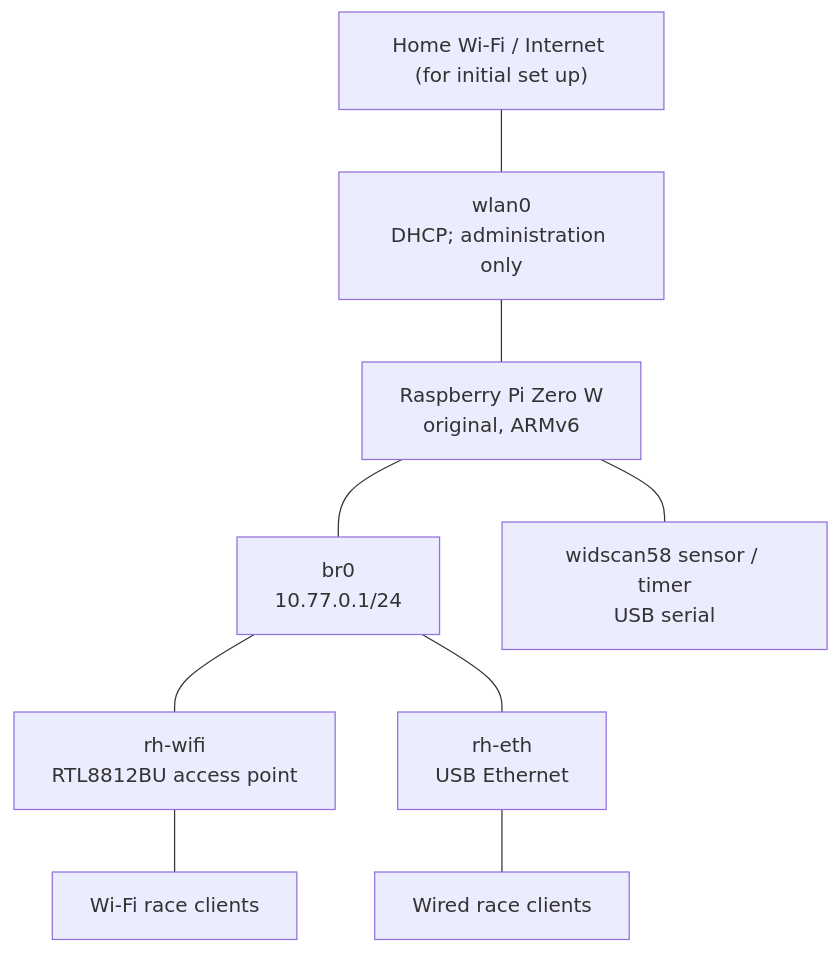
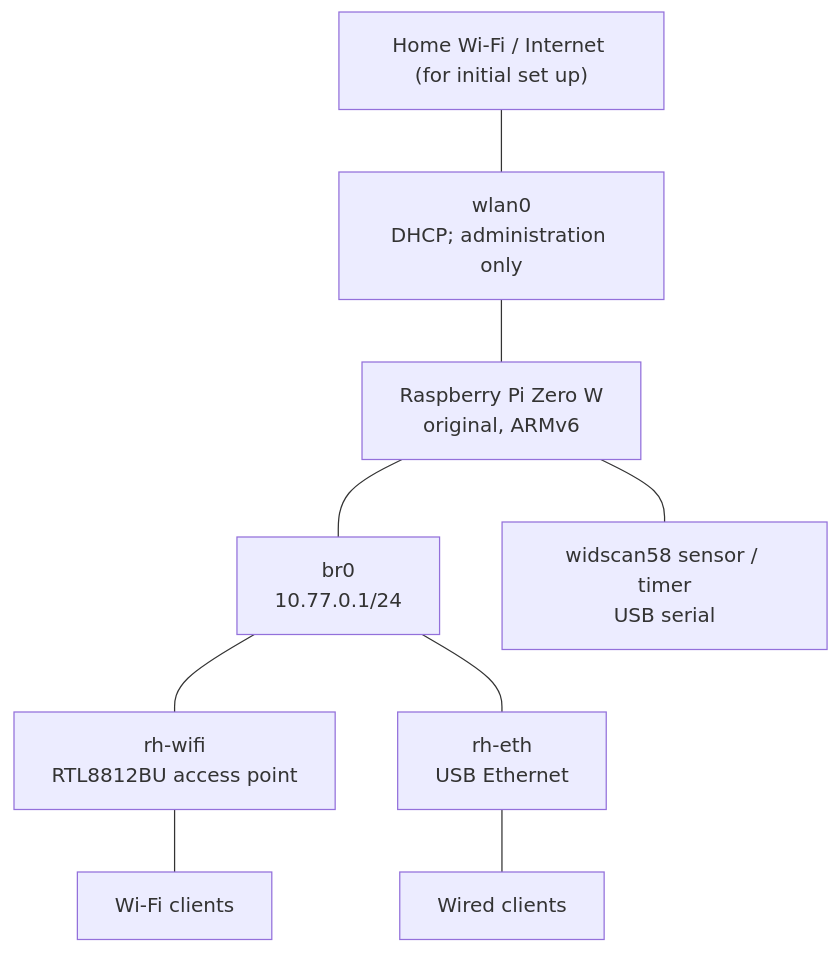
One commit to placebeyondtheclouds/rotorhazard-rpizero-server changed the diagram in README.md. Above: the diagram before and after it, drawn with Mermaid. The commit also changed other lines of this file, not shown here.

````diff
--- a/README.md
+++ b/README.md
@@ -5,21 +5,21 @@
 ```mermaid
 flowchart TB
     HOME["Home Wi-Fi / Internet (for initial set up)"]
     WLAN0["wlan0<br/>DHCP; administration only"]
     PI["Raspberry Pi Zero W<br/>original, ARMv6"]
     BR0["br0<br/>10.77.0.1/24"]
     WIFI["rh-wifi<br/>RTL8812BU access point"]
     ETH["rh-eth<br/>USB Ethernet"]
     SENSOR["widscan58 sensor / timer<br/>USB serial"]
-    WIFI_CLIENTS["Wi-Fi race clients"]
-    ETH_CLIENTS["Wired race clients"]
+    WIFI_CLIENTS["Wi-Fi clients"]
+    ETH_CLIENTS["Wired clients"]
 
     HOME --- WLAN0
     WLAN0 --- PI
     PI --- BR0
     PI --- SENSOR
     BR0 --- WIFI
     BR0 --- ETH
     WIFI --- WIFI_CLIENTS
     ETH --- ETH_CLIENTS
 ```
````
